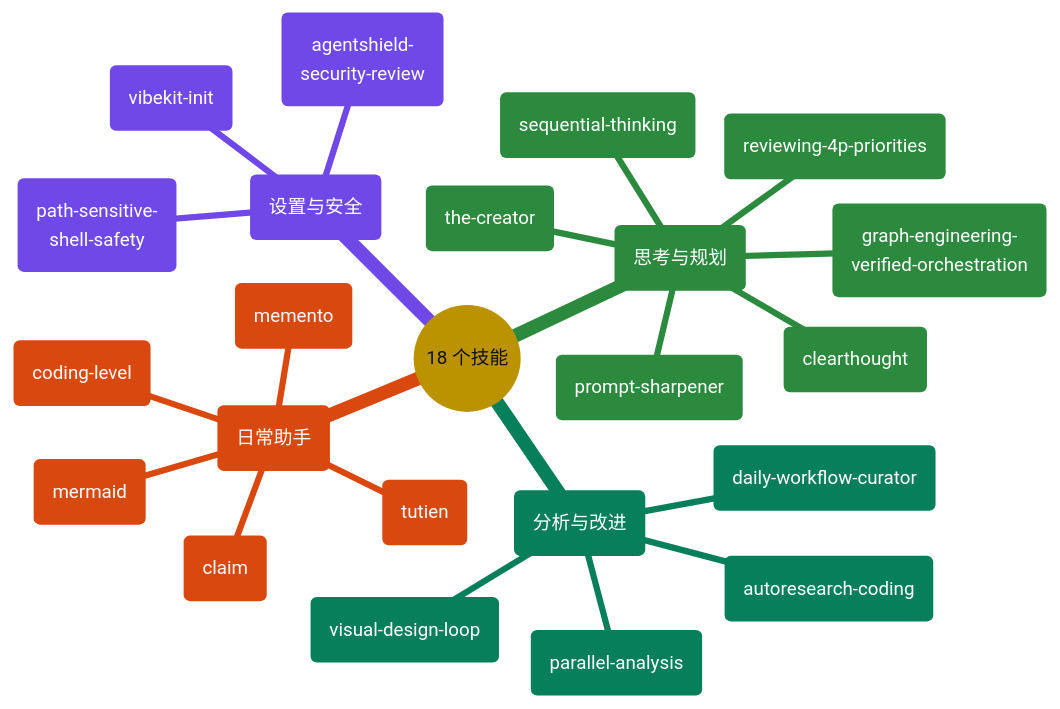
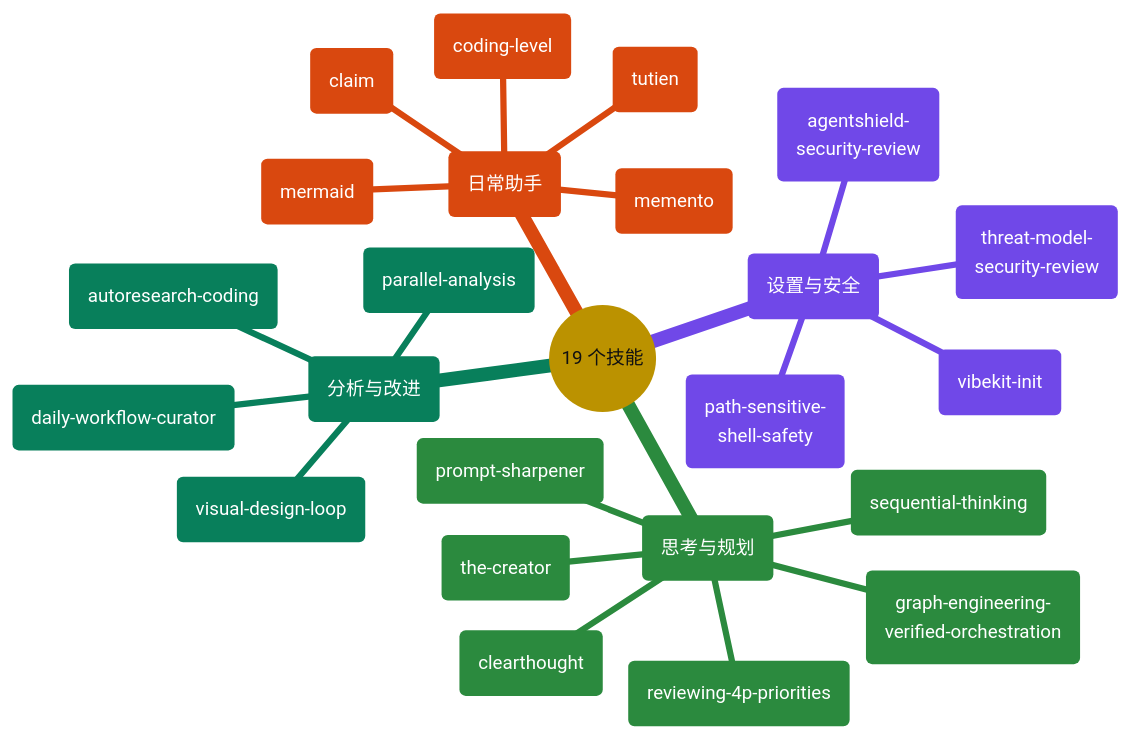
One commit to giang6283623/minimal-vibe-coding-kit changed the fifth of 8 diagrams in docs/README.zh-CN.md. Above: the diagram before and after it, drawn with Mermaid. The commit also changed other lines of this file and 46 other files, not shown here.

````diff
--- a/docs/README.zh-CN.md
+++ b/docs/README.zh-CN.md
@@ -346,59 +346,60 @@
 ```mermaid
 ---
 config:
   theme: base
   themeCSS: >-
     .mindmap-node:not(.section-root):not(.section--1) text,
     .mindmap-node:not(.section-root):not(.section--1) tspan
     { fill: #FFFFFF !important; }
     .mindmap-node:not(.section-root):not(.section--1) div,
     .mindmap-node:not(.section-root):not(.section--1) span,
     .mindmap-node:not(.section-root):not(.section--1) p
     { color: #FFFFFF !important; }
   themeVariables:
     darkMode: false
     fontFamily: cascadia mono, consolas, noto sans mono, menlo, monospace
     fontSize: 15px
     lineColor: "#888888"
     textColor: "#111111"
     primaryColor: "#FFD43B"
     primaryTextColor: "#111111"
     primaryBorderColor: "#444444"
     cScale0: "#1971C2"
     cScale1: "#7048E8"
     cScale2: "#2B8A3E"
     cScale3: "#087F5B"
     cScale4: "#D9480F"
     cScale5: "#C2255C"
     cScaleLabel0: "#FFFFFF"
     cScaleLabel1: "#FFFFFF"
     cScaleLabel2: "#FFFFFF"
     cScaleLabel3: "#FFFFFF"
     cScaleLabel4: "#FFFFFF"
     cScaleLabel5: "#FFFFFF"
 ---
 mindmap
-  root(("18 个技能"))
+  root(("19 个技能"))
     setup("设置与安全")
       s1("vibekit-init")
       s2("agentshield-<br/>security-review")
       s3("path-sensitive-<br/>shell-safety")
+      s4("threat-model-<br/>security-review")
     think("思考与规划")
       t1("clearthought")
       t2("sequential-thinking")
       t3("prompt-sharpener")
       t4("reviewing-4p-priorities")
       t5("graph-engineering-<br/>verified-orchestration")
       t6("the-creator")
     analyze("分析与改进")
       a1("parallel-analysis")
       a2("autoresearch-coding")
       a3("daily-workflow-curator")
       a4("visual-design-loop")
     helpers("日常助手")
       h1("memento")
       h2("coding-level")
       h3("mermaid")
       h4("claim")
       h5("tutien")
 ```
````
